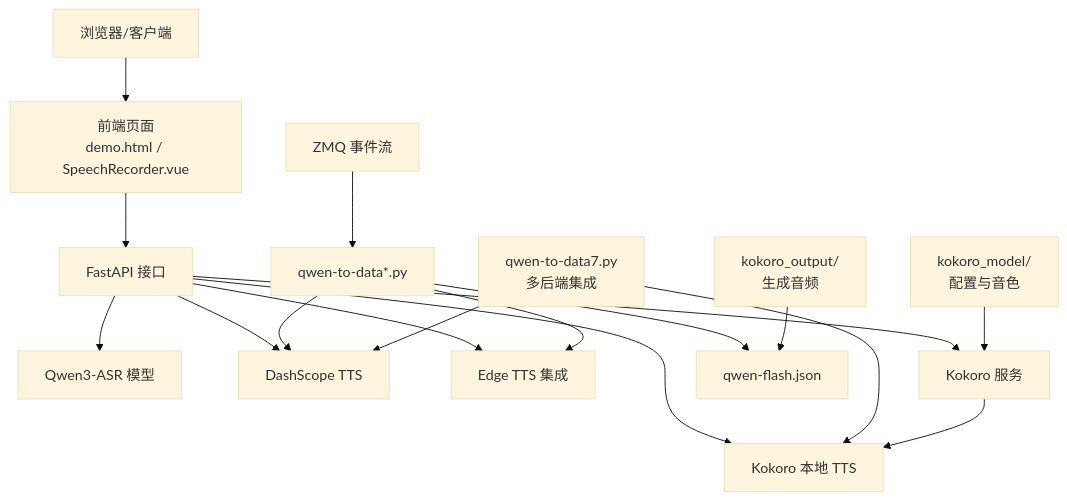
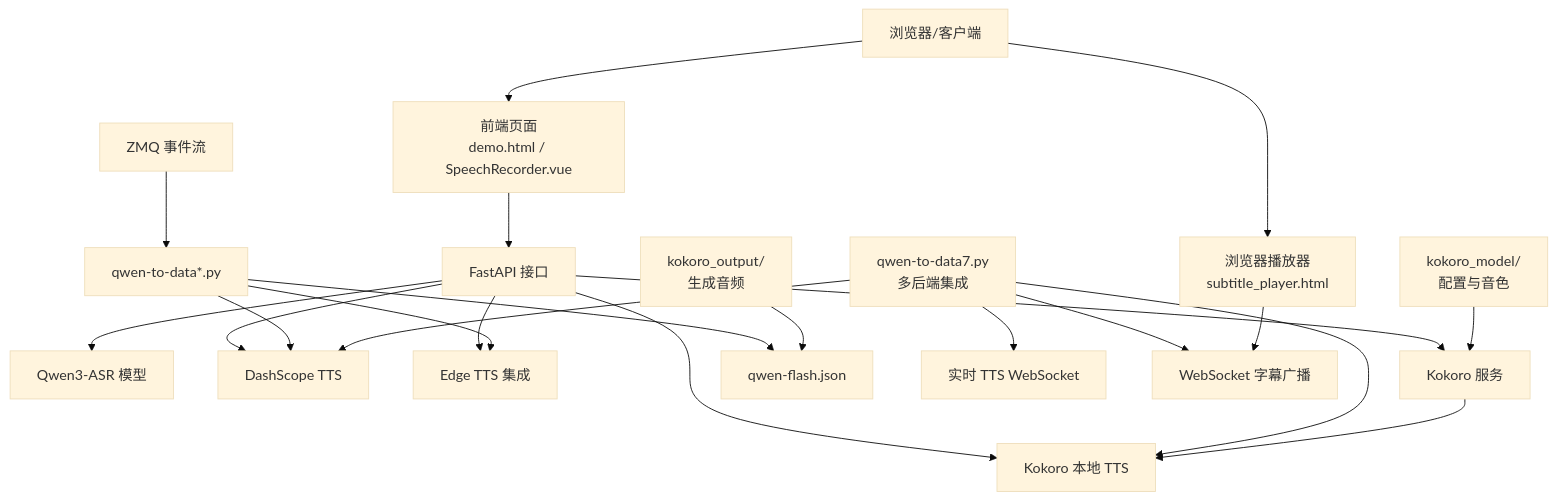
The second of 14 diagrams in .qoder/repowiki/zh/content/开发者指南/开发者指南.md (1024dashen/Vue3Speech), drawn with Mermaid (base theme) before and after one commit. The commit also changed other lines of this file and 17 other files, not shown here.

````diff
--- a/.qoder/repowiki/zh/content/开发者指南/开发者指南.md
+++ b/.qoder/repowiki/zh/content/开发者指南/开发者指南.md
@@ -171,19 +203,23 @@
 ```mermaid
 graph TB
 Client["浏览器/客户端"] --> FE["前端页面<br/>demo.html / SpeechRecorder.vue"]
+Client --> BrowserPlayer["浏览器播放器<br/>subtitle_player.html"]
 FE --> API["FastAPI 接口"]
 API --> ASR["Qwen3-ASR 模型"]
 API --> TTS["DashScope TTS"]
 API --> Edge["Edge TTS 集成"]
 API --> Kokoro["Kokoro 本地 TTS"]
 API --> KokoServer["Kokoro 服务"]
 ZMQ["ZMQ 事件流"] --> QwenGen["qwen-to-data*.py"]
 QwenGen --> QwenFlash["qwen-flash.json"]
 QwenGen --> TTS
 QwenGen --> Edge
 MultiBackend["qwen-to-data7.py<br/>多后端集成"] --> TTS
 MultiBackend --> Kokoro
+MultiBackend --> RealtimeTTS["实时 TTS WebSocket"]
+MultiBackend --> WSBroadcast["WebSocket 字幕广播"]
+BrowserPlayer --> WSBroadcast
 KokoServer --> Kokoro
 KokoModel["kokoro_model/<br/>配置与音色"] --> KokoServer
 KokoOutput["kokoro_output/<br/>生成音频"] --> QwenFlash
 ```
````
